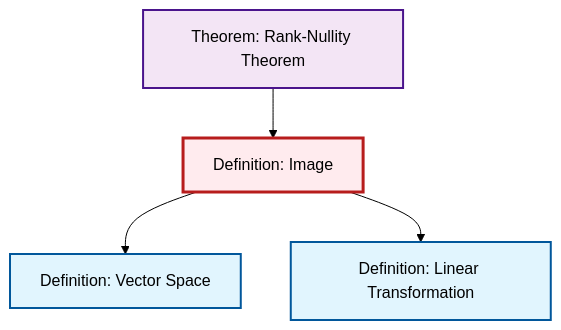
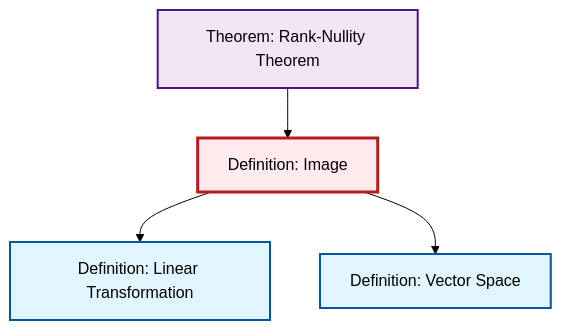
The diagram in content/ja/algebra/def-image.qmd (RK0429/ModernMath), drawn with Mermaid (forest theme) before and after one commit. The commit also changed other lines of this file and 434 other files, not shown here.

````diff
--- a/content/ja/algebra/def-image.qmd
+++ b/content/ja/algebra/def-image.qmd
@@ -55,20 +55,20 @@
 ```{mermaid}
 %%| fig-cap: "Local dependency graph"
 graph TD
     classDef definition fill:#e1f5fe,stroke:#01579b,stroke-width:2px
     classDef theorem fill:#f3e5f5,stroke:#4a148c,stroke-width:2px
     classDef axiom fill:#fff3e0,stroke:#e65100,stroke-width:2px
     classDef example fill:#e8f5e9,stroke:#1b5e20,stroke-width:2px
     classDef current fill:#ffebee,stroke:#b71c1c,stroke-width:3px
-    def-image["Definition: Image"]:::definition
-    def-vector-space["Definition: Vector Space"]:::definition
     def-linear-transformation["Definition: Linear Transformation"]:::definition
     thm-rank-nullity["Theorem: Rank-Nullity Theorem"]:::theorem
-    def-image --> def-vector-space
+    def-vector-space["Definition: Vector Space"]:::definition
+    def-image["Definition: Image"]:::definition
     thm-rank-nullity --> def-image
     def-image --> def-linear-transformation
+    def-image --> def-vector-space
     class def-image current
-    click def-vector-space "def-vector-space.html" "Definition: Vector Spaceへ"
     click def-linear-transformation "def-linear-transformation.html" "Definition: Linear Transformationへ"
     click thm-rank-nullity "thm-rank-nullity.html" "Theorem: Rank-Nullity Theoremへ"
+    click def-vector-space "def-vector-space.html" "Definition: Vector Spaceへ"
 ```
````
